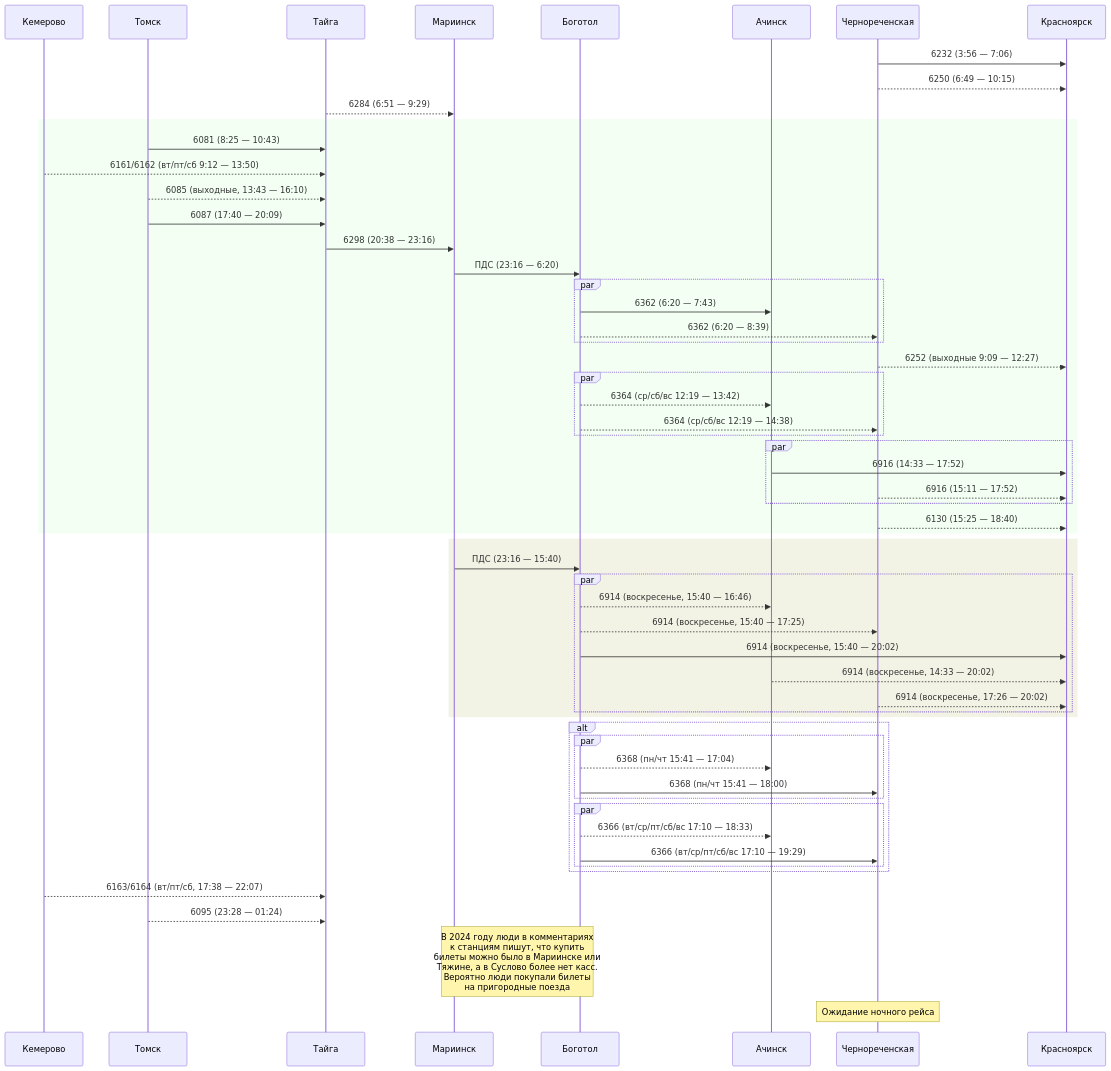
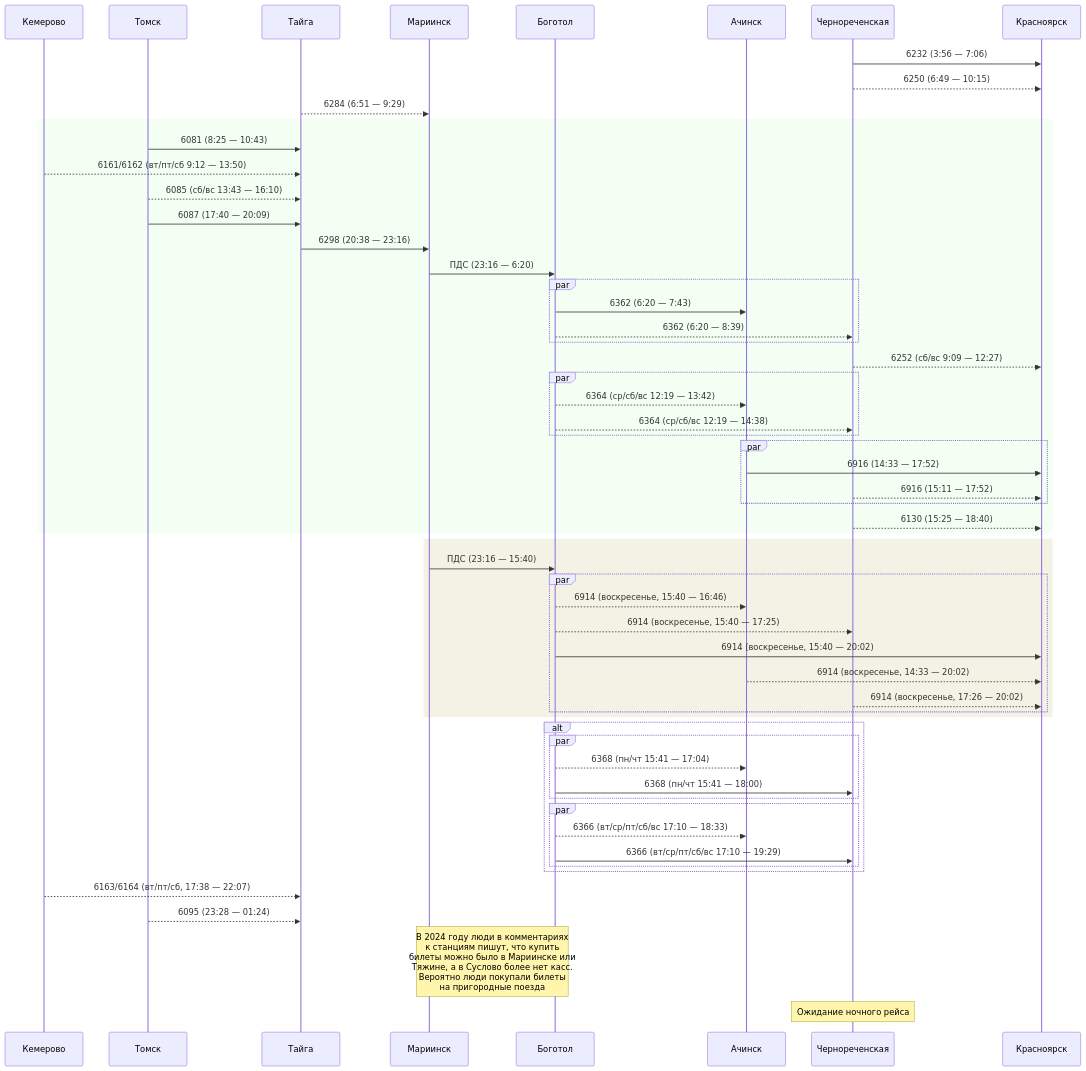
Before and after one commit to u0feff/Pezda: the fifth of 14 diagrams in README.md, drawn with Mermaid. The commit also changed other lines of this file, not shown here.

````diff
--- a/README.md
+++ b/README.md
@@ -212,78 +212,78 @@
 ```mermaid
 sequenceDiagram
     participant Кемерово
     participant Томск
     participant Тайга
     participant Мариинск
     participant Боготол
     participant Ачинск
     participant Чернореченская
     participant Красноярск
 
     Чернореченская->>Красноярск: 6232 (3:56 — 7:06)
 
     Чернореченская-->>Красноярск: 6250 (6:49 — 10:15)
 
     Тайга-->>Мариинск: 6284 (6:51 — 9:29)
 
     rect rgba(0, 255, 0, 0.05)
     Томск->>Тайга: 6081 (8:25 — 10:43)
 
     Кемерово-->>Тайга: 6161/6162 (вт/пт/сб 9:12 — 13:50)
 
-    Томск-->>Тайга: 6085 (выходные, 13:43 — 16:10)
+    Томск-->>Тайга: 6085 (сб/вс 13:43 — 16:10)
 
     Томск->>Тайга: 6087 (17:40 — 20:09)
     Тайга->>Мариинск: 6298 (20:38 — 23:16)
 
     Мариинск->>Боготол: ПДС (23:16 — 6:20)
 
     par
     Боготол->>Ачинск: 6362 (6:20 — 7:43)
     Боготол-->>Чернореченская: 6362 (6:20 — 8:39)
     end
-    Чернореченская-->>Красноярск: 6252 (выходные 9:09 — 12:27)
+    Чернореченская-->>Красноярск: 6252 (сб/вс 9:09 — 12:27)
 
     par
     Боготол-->>Ачинск: 6364 (ср/сб/вс 12:19 — 13:42)
     Боготол-->>Чернореченская: 6364 (ср/сб/вс 12:19 — 14:38)
     end
 
     par
     Ачинск->>Красноярск: 6916 (14:33 — 17:52)
     Чернореченская-->>Красноярск: 6916 (15:11 — 17:52)
     end
 
     Чернореченская-->>Красноярск: 6130 (15:25 — 18:40)
     end
 
     rect rgba(127, 127, 0, 0.1)
     Мариинск->>Боготол: ПДС (23:16 — 15:40)
     par
     Боготол-->>Ачинск: 6914 (воскресенье, 15:40 — 16:46)
     Боготол-->>Чернореченская: 6914 (воскресенье, 15:40 — 17:25)
     Боготол->>Красноярск: 6914 (воскресенье, 15:40 — 20:02)
     Ачинск-->>Красноярск: 6914 (воскресенье, 14:33 — 20:02)
     Чернореченская-->>Красноярск: 6914 (воскресенье, 17:26 — 20:02)
     end
     end
 
     alt
     par
     Боготол-->>Ачинск: 6368 (пн/чт 15:41 — 17:04)
     Боготол->>Чернореченская: 6368 (пн/чт 15:41 — 18:00)
     end
 
     par
     Боготол-->>Ачинск: 6366 (вт/ср/пт/сб/вс 17:10 — 18:33)
     Боготол->>Чернореченская: 6366 (вт/ср/пт/сб/вс 17:10 — 19:29)
     end
     end
 
     Кемерово-->>Тайга: 6163/6164 (вт/пт/сб, 17:38 — 22:07)
 
     Томск-->>Тайга: 6095 (23:28 — 01:24)
 
     Note over Мариинск,Боготол: В 2024 году люди в комментариях<br>к станциям пишут, что купить<br>билеты можно было в Мариинске или<br>Тяжине, а в Суслово более нет касс.<br>Вероятно люди покупали билеты<br>на пригородные поезда
     Note over Чернореченская: Ожидание ночного рейса
 ```
````
